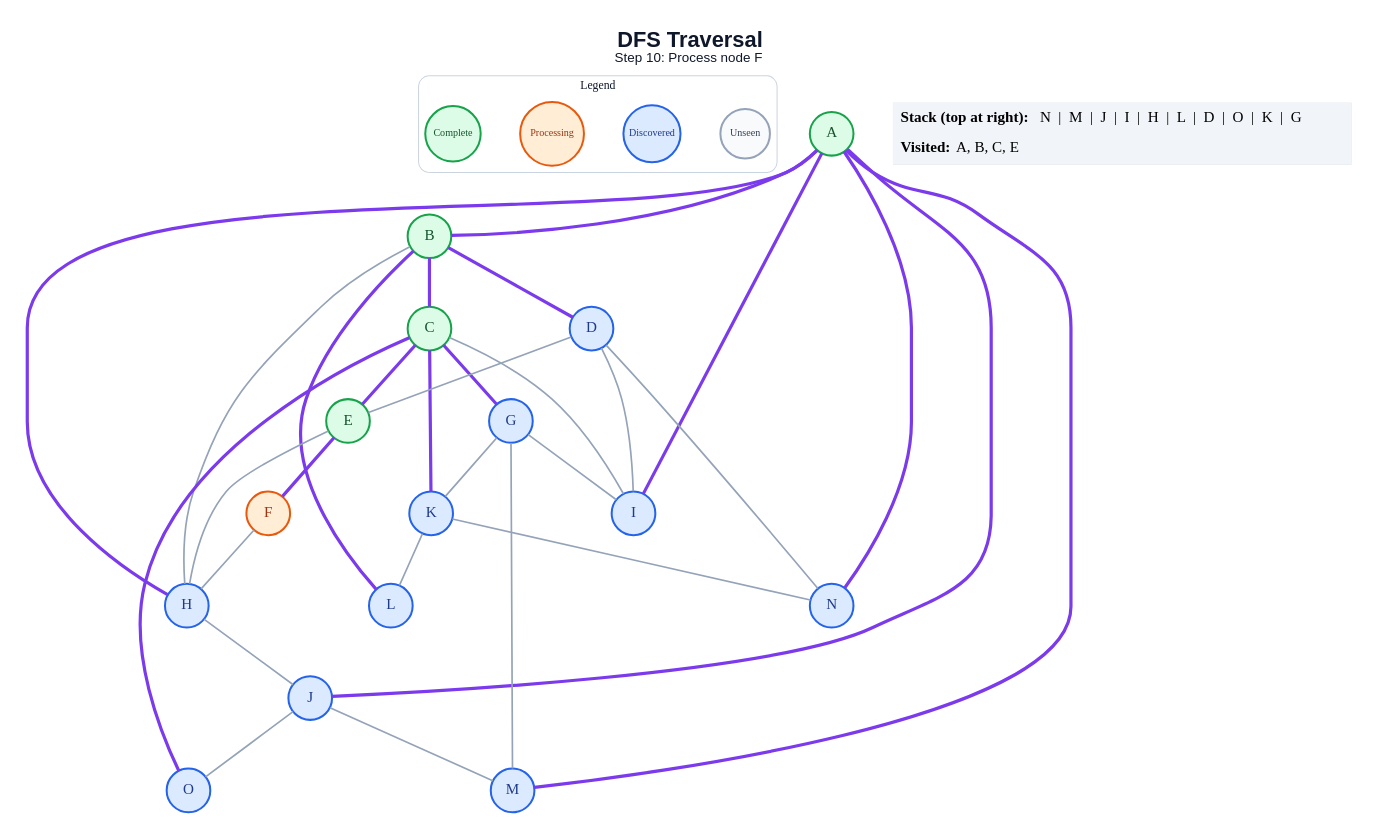
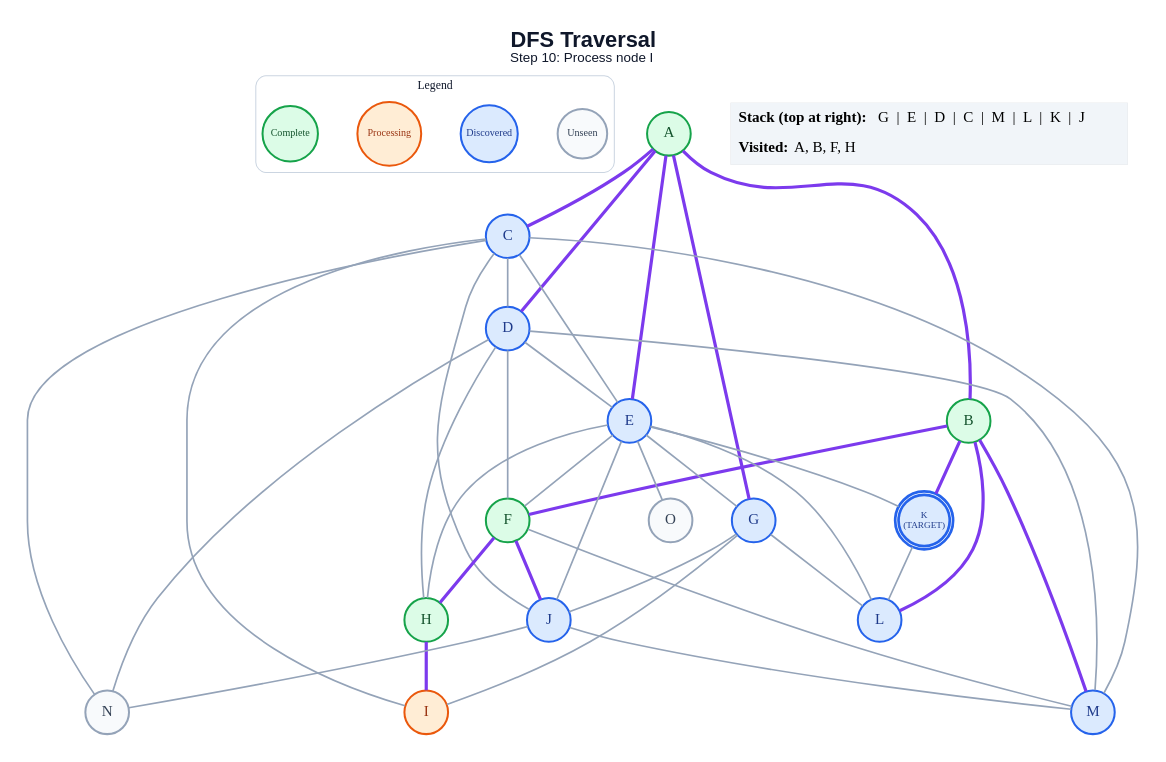
The diagram in generated/dfs/step_10.dot (anon7238593-create/ai-slop), drawn with Graphviz before and after one commit. The commit also changed 238 other files, not shown here.

```diff
--- a/generated/dfs/step_10.dot
+++ b/generated/dfs/step_10.dot
@@ -1,63 +1,71 @@
 graph traversal {
   graph [layout=dot, rankdir=TB, bgcolor="#FFFFFF", pad="0.35", nodesep="0.65", ranksep="0.8", fontname="Arial"];
   node [shape=circle, style="filled", fontname="Arial Bold", fontsize=18, width=0.72, fixedsize=true, penwidth=2.4];
   edge [color="#94A3B8", penwidth=2.0];
-  label=<<B>DFS Traversal</B><BR/><FONT POINT-SIZE="16">Step 10: Process node F</FONT>>; labelloc="t"; fontsize=26; fontname="Arial"; fontcolor="#0F172A";
+  label=<<B>DFS Traversal</B><BR/><FONT POINT-SIZE="16">Step 10: Process node I</FONT>>; labelloc="t"; fontsize=26; fontname="Arial"; fontcolor="#0F172A";
   subgraph cluster_legend { label="Legend"; color="#CBD5E1"; penwidth=1.2; style="rounded"; fontsize=14; fontname="Arial Bold";
     key_unseen [label="Unseen", fillcolor="#F8FAFC", color="#94A3B8", fontcolor="#334155", fontsize=12, width=0.82];
     key_frontier [label="Discovered", fillcolor="#DBEAFE", color="#2563EB", fontcolor="#1E3A8A", fontsize=12, width=0.95];
     key_current [label="Processing", fillcolor="#FFEDD5", color="#EA580C", fontcolor="#9A3412", fontsize=12, width=1.05];
     key_done [label="Complete", fillcolor="#DCFCE7", color="#16A34A", fontcolor="#14532D", fontsize=12, width=0.92];
     { rank=same; key_unseen; key_frontier; key_current; key_done; }
   }
   A [label="A", fillcolor="#DCFCE7", color="#16A34A", fontcolor="#14532D", peripheries=1, penwidth=2.4];
   B [label="B", fillcolor="#DCFCE7", color="#16A34A", fontcolor="#14532D", peripheries=1, penwidth=2.4];
-  C [label="C", fillcolor="#DCFCE7", color="#16A34A", fontcolor="#14532D", peripheries=1, penwidth=2.4];
+  C [label="C", fillcolor="#DBEAFE", color="#2563EB", fontcolor="#1E3A8A", peripheries=1, penwidth=2.4];
   D [label="D", fillcolor="#DBEAFE", color="#2563EB", fontcolor="#1E3A8A", peripheries=1, penwidth=2.4];
-  E [label="E", fillcolor="#DCFCE7", color="#16A34A", fontcolor="#14532D", peripheries=1, penwidth=2.4];
-  F [label="F", fillcolor="#FFEDD5", color="#EA580C", fontcolor="#9A3412", peripheries=1, penwidth=2.4];
+  E [label="E", fillcolor="#DBEAFE", color="#2563EB", fontcolor="#1E3A8A", peripheries=1, penwidth=2.4];
+  F [label="F", fillcolor="#DCFCE7", color="#16A34A", fontcolor="#14532D", peripheries=1, penwidth=2.4];
   G [label="G", fillcolor="#DBEAFE", color="#2563EB", fontcolor="#1E3A8A", peripheries=1, penwidth=2.4];
-  H [label="H", fillcolor="#DBEAFE", color="#2563EB", fontcolor="#1E3A8A", peripheries=1, penwidth=2.4];
-  I [label="I", fillcolor="#DBEAFE", color="#2563EB", fontcolor="#1E3A8A", peripheries=1, penwidth=2.4];
+  H [label="H", fillcolor="#DCFCE7", color="#16A34A", fontcolor="#14532D", peripheries=1, penwidth=2.4];
+  I [label="I", fillcolor="#FFEDD5", color="#EA580C", fontcolor="#9A3412", peripheries=1, penwidth=2.4];
   J [label="J", fillcolor="#DBEAFE", color="#2563EB", fontcolor="#1E3A8A", peripheries=1, penwidth=2.4];
-  K [label="K", fillcolor="#DBEAFE", color="#2563EB", fontcolor="#1E3A8A", peripheries=1, penwidth=2.4];
+  K [label="K\n(TARGET)", fillcolor="#DBEAFE", color="#2563EB", fontcolor="#1E3A8A", peripheries=2, penwidth=3.2, fontsize=11, width=0.85, height=0.85];
   L [label="L", fillcolor="#DBEAFE", color="#2563EB", fontcolor="#1E3A8A", peripheries=1, penwidth=2.4];
   M [label="M", fillcolor="#DBEAFE", color="#2563EB", fontcolor="#1E3A8A", peripheries=1, penwidth=2.4];
-  N [label="N", fillcolor="#DBEAFE", color="#2563EB", fontcolor="#1E3A8A", peripheries=1, penwidth=2.4];
-  O [label="O", fillcolor="#DBEAFE", color="#2563EB", fontcolor="#1E3A8A", peripheries=1, penwidth=2.4];
+  N [label="N", fillcolor="#F8FAFC", color="#94A3B8", fontcolor="#334155", peripheries=1, penwidth=2.4];
+  O [label="O", fillcolor="#F8FAFC", color="#94A3B8", fontcolor="#334155", peripheries=1, penwidth=2.4];
   A -- B [color="#7C3AED", penwidth=3.8];
-  A -- H [color="#7C3AED", penwidth=3.8];
-  A -- I [color="#7C3AED", penwidth=3.8];
-  A -- J [color="#7C3AED", penwidth=3.8];
-  A -- M [color="#7C3AED", penwidth=3.8];
-  A -- N [color="#7C3AED", penwidth=3.8];
-  B -- C [color="#7C3AED", penwidth=3.8];
-  B -- D [color="#7C3AED", penwidth=3.8];
-  B -- H;
+  A -- C [color="#7C3AED", penwidth=3.8];
+  A -- D [color="#7C3AED", penwidth=3.8];
+  A -- E [color="#7C3AED", penwidth=3.8];
+  A -- G [color="#7C3AED", penwidth=3.8];
+  B -- F [color="#7C3AED", penwidth=3.8];
+  B -- K [color="#7C3AED", penwidth=3.8];
   B -- L [color="#7C3AED", penwidth=3.8];
-  C -- E [color="#7C3AED", penwidth=3.8];
-  C -- G [color="#7C3AED", penwidth=3.8];
+  B -- M [color="#7C3AED", penwidth=3.8];
+  C -- D;
+  C -- E;
   C -- I;
-  C -- K [color="#7C3AED", penwidth=3.8];
-  C -- O [color="#7C3AED", penwidth=3.8];
+  C -- J;
+  C -- M;
+  C -- N;
   D -- E;
-  D -- I;
+  D -- F;
+  D -- H;
+  D -- M;
   D -- N;
-  E -- F [color="#7C3AED", penwidth=3.8];
+  E -- F;
+  E -- G;
   E -- H;
-  F -- H;
+  E -- J;
+  E -- K;
+  E -- L;
+  E -- O;
+  F -- H [color="#7C3AED", penwidth=3.8];
+  F -- J [color="#7C3AED", penwidth=3.8];
+  F -- M;
   G -- I;
-  G -- K;
-  G -- M;
-  H -- J;
+  G -- J;
+  G -- L;
+  H -- I [color="#7C3AED", penwidth=3.8];
   J -- M;
-  J -- O;
+  J -- N;
   K -- L;
-  K -- N;
   status [shape=plain, fixedsize=false, width=0, height=0, margin=0, label=<
     <TABLE BORDER="0" CELLBORDER="0" CELLPADDING="7" BGCOLOR="#F1F5F9">
-      <TR><TD ALIGN="LEFT"><B>Stack (top at right):</B> N  |  M  |  J  |  I  |  H  |  L  |  D  |  O  |  K  |  G</TD></TR>
-      <TR><TD ALIGN="LEFT"><B>Visited:</B> A, B, C, E</TD></TR>
+      <TR><TD ALIGN="LEFT"><B>Stack (top at right):</B> G  |  E  |  D  |  C  |  M  |  L  |  K  |  J</TD></TR>
+      <TR><TD ALIGN="LEFT"><B>Visited:</B> A, B, F, H</TD></TR>
     </TABLE>
   >];
 }
```
